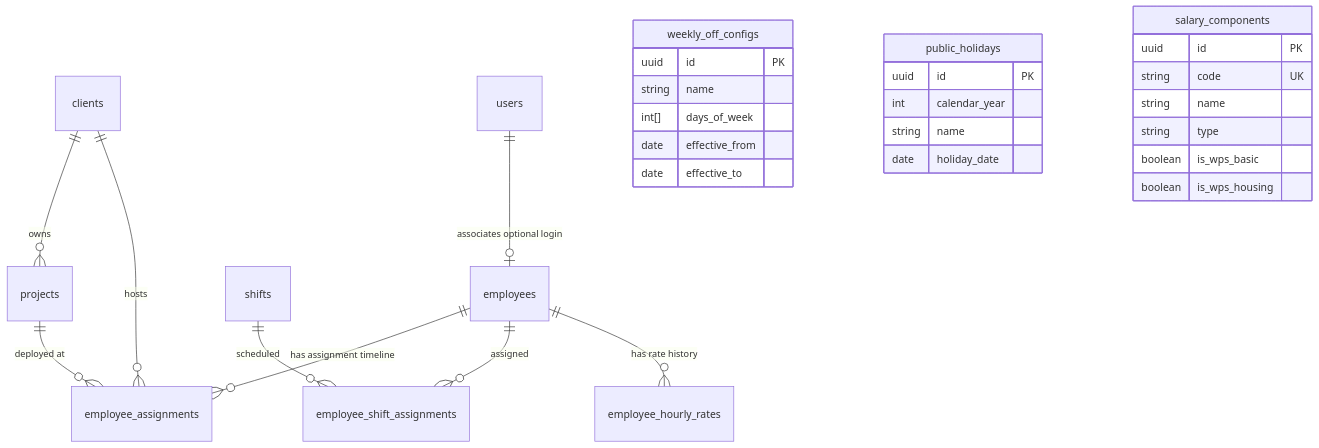
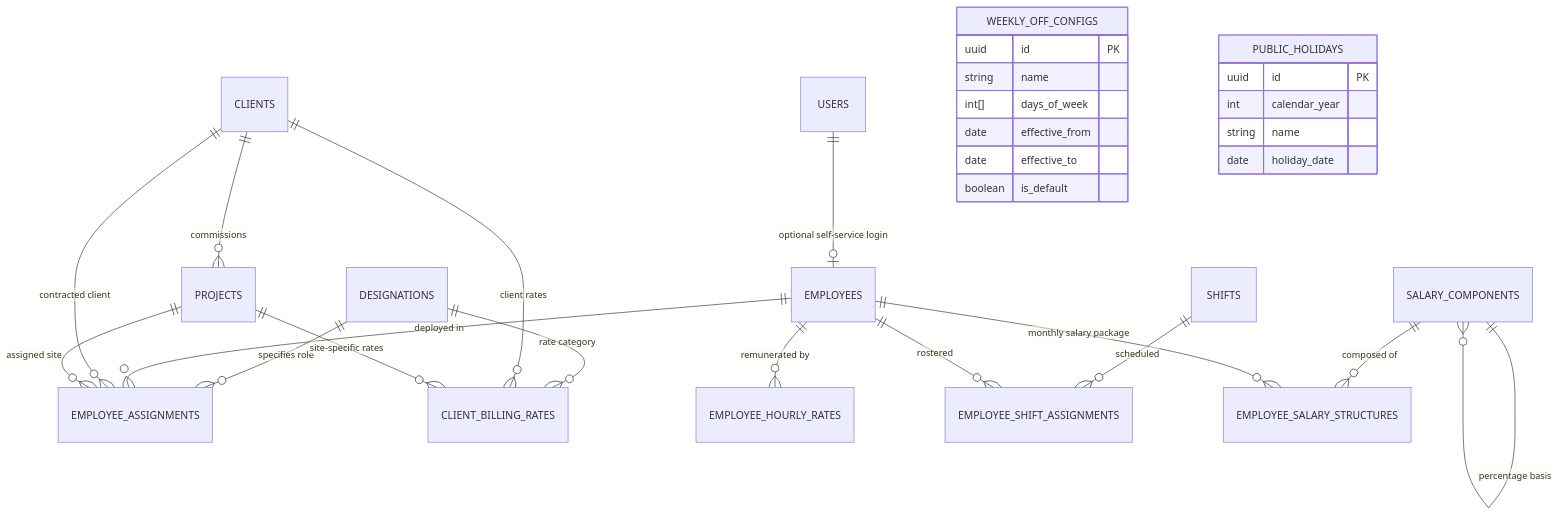
Before and after one commit to VijayTallolli12/BlueRoyal: the diagram in docs/modules/phase-1-plan.md, drawn with Mermaid. The commit also changed other lines of this file and 43 other files, not shown here.

````diff
--- a/docs/modules/phase-1-plan.md
+++ b/docs/modules/phase-1-plan.md
@@ -456,38 +375,40 @@
 ```mermaid
 erDiagram
-    users ||--o| employees : "associates optional login"
-    clients ||--o{ projects : "owns"
-
-    employees ||--o{ employee_assignments : "has assignment timeline"
-    clients ||--o{ employee_assignments : "hosts"
-    projects ||--o{ employee_assignments : "deployed at"
-
-    shifts ||--o{ employee_shift_assignments : "scheduled"
-    employees ||--o{ employee_shift_assignments : "assigned"
-
-    employees ||--o{ employee_hourly_rates : "has rate history"
-
-    weekly_off_configs {
+    DESIGNATIONS ||--o{ EMPLOYEE_ASSIGNMENTS : "specifies role"
+    DESIGNATIONS ||--o{ CLIENT_BILLING_RATES : "rate category"
+    
+    USERS ||--o| EMPLOYEES : "optional self-service login"
+    
+    CLIENTS ||--o{ PROJECTS : "commissions"
+    CLIENTS ||--o{ CLIENT_BILLING_RATES : "client rates"
+    PROJECTS ||--o{ CLIENT_BILLING_RATES : "site-specific rates"
+    
+    EMPLOYEES ||--o{ EMPLOYEE_ASSIGNMENTS : "deployed in"
+    CLIENTS ||--o{ EMPLOYEE_ASSIGNMENTS : "contracted client"
+    PROJECTS ||--o{ EMPLOYEE_ASSIGNMENTS : "assigned site"
+    
+    EMPLOYEES ||--o{ EMPLOYEE_HOURLY_RATES : "remunerated by"
+    
+    SHIFTS ||--o{ EMPLOYEE_SHIFT_ASSIGNMENTS : "scheduled"
+    EMPLOYEES ||--o{ EMPLOYEE_SHIFT_ASSIGNMENTS : "rostered"
+    
+    SALARY_COMPONENTS ||--o{ EMPLOYEE_SALARY_STRUCTURES : "composed of"
+    SALARY_COMPONENTS ||--o{ SALARY_COMPONENTS : "percentage basis"
+    EMPLOYEES ||--o{ EMPLOYEE_SALARY_STRUCTURES : "monthly salary package"
+    
+    WEEKLY_OFF_CONFIGS {
         uuid id PK
         string name
         int[] days_of_week
         date effective_from
         date effective_to
+        boolean is_default
     }
-
-    public_holidays {
+    
+    PUBLIC_HOLIDAYS {
         uuid id PK
         int calendar_year
         string name
         date holiday_date
     }
-
-    salary_components {
-        uuid id PK
-        string code UK
-        string name
-        string type
-        boolean is_wps_basic
-        boolean is_wps_housing
-    }
 ```
````
